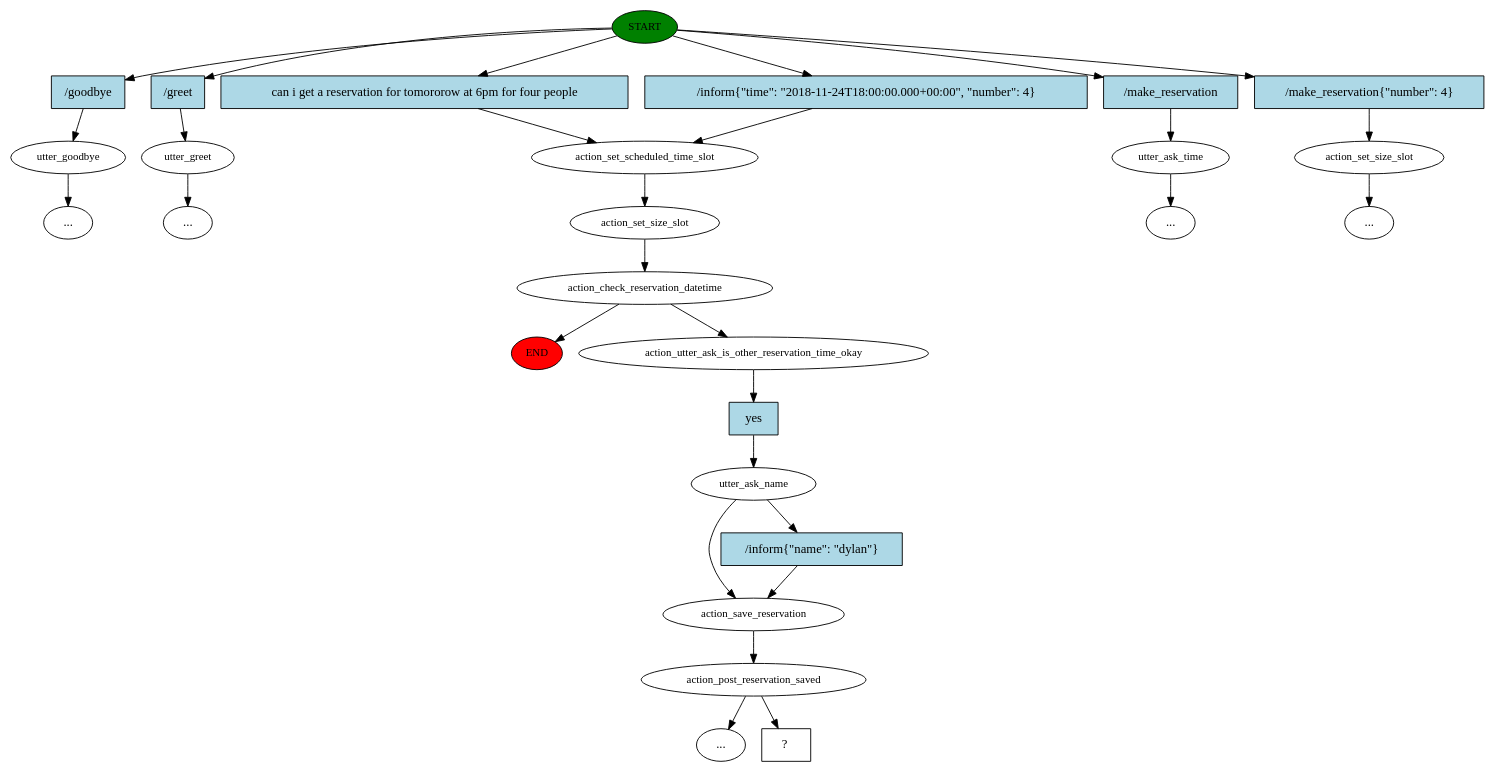
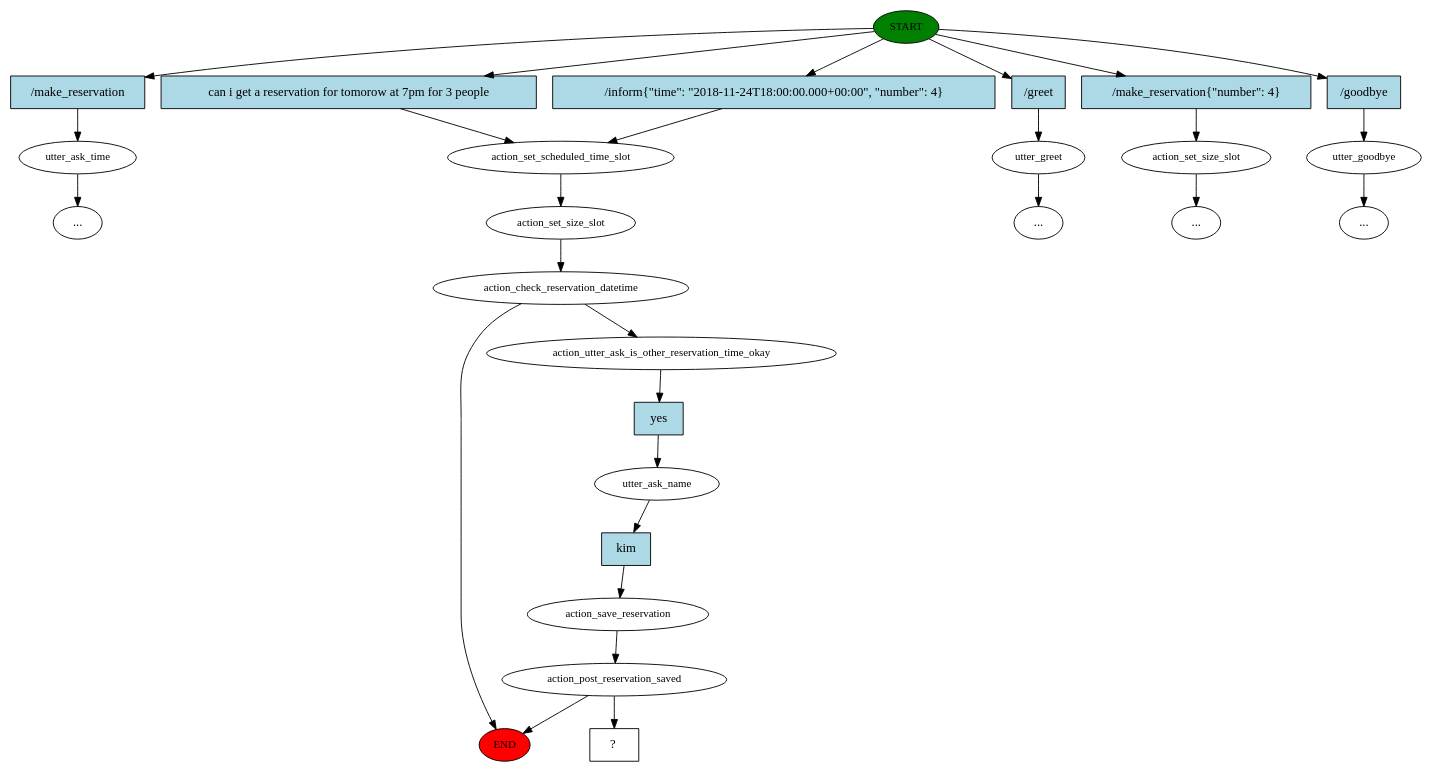
The diagram in Textual/story_graph.dot (DylanRedfield/ocaptain), drawn with Graphviz before and after one commit. The commit also changed 21 other files, not shown here.

```diff
--- a/Textual/story_graph.dot
+++ b/Textual/story_graph.dot
@@ -1,57 +1,55 @@
 digraph  {
 0 [label=START, fillcolor=green, style=filled, fontsize=12, class="start active"];
 "-1" [label=END, fillcolor=red, style=filled, fontsize=12, class=end];
-1 [label=utter_goodbye, fontsize=12, class=""];
-"-3" [label="...", class=ellipsis];
-2 [label=utter_greet, fontsize=12, class=""];
-3 [label=action_set_scheduled_time_slot, fontsize=12, class=active];
-4 [label=action_set_size_slot, fontsize=12, class=active];
-5 [label=action_check_reservation_datetime, fontsize=12, class=active];
-9 [label=action_utter_ask_is_other_reservation_time_okay, fontsize=12, class=active];
-10 [label=utter_ask_name, fontsize=12, class=active];
-11 [label=action_save_reservation, fontsize=12, class=active];
-12 [label=action_post_reservation_saved, fontsize=12, class=active];
+1 [label=utter_ask_time, fontsize=12, class=""];
+2 [label=action_set_scheduled_time_slot, fontsize=12, class=active];
+3 [label=action_set_size_slot, fontsize=12, class=active];
+4 [label=action_check_reservation_datetime, fontsize=12, class=active];
+5 [label=action_utter_ask_is_other_reservation_time_okay, fontsize=12, class=active];
+6 [label=utter_ask_name, fontsize=12, class=active];
+7 [label=action_save_reservation, fontsize=12, class=active];
+8 [label=action_post_reservation_saved, fontsize=12, class=active];
+16 [label=utter_greet, fontsize=12, class=""];
 "-5" [label="...", class=ellipsis];
+21 [label=action_set_size_slot, fontsize=12, class=""];
 "-6" [label="...", class=ellipsis];
-14 [label=utter_ask_time, fontsize=12, class=""];
+22 [label=utter_goodbye, fontsize=12, class=""];
+"-7" [label="...", class=ellipsis];
 "-8" [label="...", class=ellipsis];
-16 [label=action_set_size_slot, fontsize=12, class=""];
-"-9" [label="...", class=ellipsis];
-24 [label="  ?  ", shape=rect, class="intent dashed active"];
-25 [label="/goodbye", shape=rect, style=filled, fillcolor=lightblue, class=intent];
-26 [label="/greet", shape=rect, style=filled, fillcolor=lightblue, class=intent];
-27 [label="can i get a reservation for tomororow at 6pm for four people", shape=rect, style=filled, fillcolor=lightblue, class="intent active"];
-28 [label="/inform{\"time\": \"2018-11-24T18:00:00.000+00:00\", \"number\": 4}", shape=rect, style=filled, fillcolor=lightblue, class=intent];
-29 [label="/make_reservation", shape=rect, style=filled, fillcolor=lightblue, class=intent];
-30 [label="/make_reservation{\"number\": 4}", shape=rect, style=filled, fillcolor=lightblue, class=intent];
-31 [label=yes, shape=rect, style=filled, fillcolor=lightblue, class="intent active"];
-32 [label="/inform{\"name\": \"dylan\"}", shape=rect, style=filled, fillcolor=lightblue, class=intent];
-0 -> 25  [key=0, class=""];
-0 -> 26  [key=0, class=""];
-0 -> 27  [key=0, class=active];
-0 -> 28  [key=0, class=""];
-0 -> 29  [key=0, class=""];
-0 -> 30  [key=0, class=""];
-1 -> "-3"  [key=NONE, label="", class=""];
-2 -> "-6"  [key=NONE, label="", class=""];
+31 [label="  ?  ", shape=rect, class="intent dashed active"];
+32 [label="/make_reservation", shape=rect, style=filled, fillcolor=lightblue, class=intent];
+33 [label="can i get a reservation for tomorow at 7pm for 3 people", shape=rect, style=filled, fillcolor=lightblue, class="intent active"];
+34 [label="/inform{\"time\": \"2018-11-24T18:00:00.000+00:00\", \"number\": 4}", shape=rect, style=filled, fillcolor=lightblue, class=intent];
+35 [label="/greet", shape=rect, style=filled, fillcolor=lightblue, class=intent];
+36 [label="/make_reservation{\"number\": 4}", shape=rect, style=filled, fillcolor=lightblue, class=intent];
+37 [label="/goodbye", shape=rect, style=filled, fillcolor=lightblue, class=intent];
+38 [label=yes, shape=rect, style=filled, fillcolor=lightblue, class="intent active"];
+39 [label=kim, shape=rect, style=filled, fillcolor=lightblue, class="intent active"];
+0 -> 32  [key=0, class=""];
+0 -> 33  [key=0, class=active];
+0 -> 34  [key=0, class=""];
+0 -> 35  [key=0, class=""];
+0 -> 36  [key=0, class=""];
+0 -> 37  [key=0, class=""];
+1 -> "-8"  [key=NONE, label="", class=""];
+2 -> 3  [key=NONE, label="", class=active];
 3 -> 4  [key=NONE, label="", class=active];
 4 -> 5  [key=NONE, label="", class=active];
-5 -> "-1"  [key=NONE, label="", class=""];
-5 -> 9  [key=NONE, label="", class=active];
-9 -> 31  [key=0, class=active];
-10 -> 11  [key=NONE, label="", class=active];
-10 -> 32  [key=0, class=""];
-11 -> 12  [key=NONE, label="", class=active];
-12 -> "-5"  [key=NONE, label="", class=""];
-12 -> 24  [key=NONE, label="", class=active];
-14 -> "-8"  [key=NONE, label="", class=""];
-16 -> "-9"  [key=NONE, label="", class=""];
-25 -> 1  [key=0, class=""];
-26 -> 2  [key=0, class=""];
-27 -> 3  [key=0, class=active];
-28 -> 3  [key=0, class=""];
-29 -> 14  [key=0, class=""];
-30 -> 16  [key=0, class=""];
-31 -> 10  [key=0, class=active];
-32 -> 11  [key=0, class=""];
+4 -> "-1"  [key=NONE, label="", class=""];
+5 -> 38  [key=0, class=active];
+6 -> 39  [key=0, class=active];
+7 -> 8  [key=NONE, label="", class=active];
+8 -> "-1"  [key=NONE, label="", class=""];
+8 -> 31  [key=NONE, label="", class=active];
+16 -> "-5"  [key=NONE, label="", class=""];
+21 -> "-6"  [key=NONE, label="", class=""];
+22 -> "-7"  [key=NONE, label="", class=""];
+32 -> 1  [key=0, class=""];
+33 -> 2  [key=0, class=active];
+34 -> 2  [key=0, class=""];
+35 -> 16  [key=0, class=""];
+36 -> 21  [key=0, class=""];
+37 -> 22  [key=0, class=""];
+38 -> 6  [key=0, class=active];
+39 -> 7  [key=0, class=active];
 }
```
